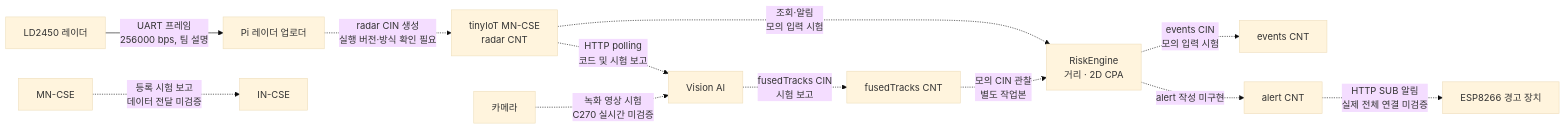
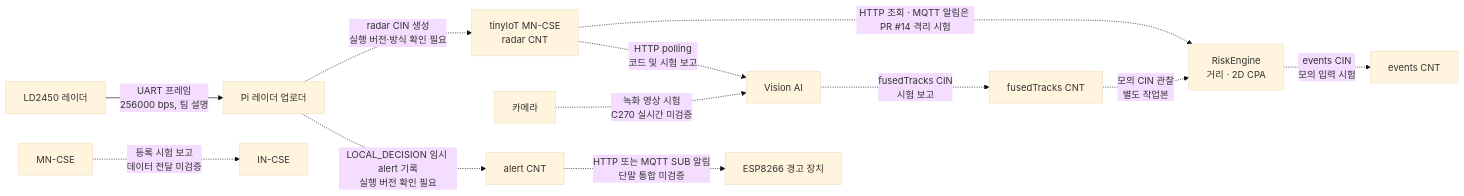
The first of 4 diagrams in docs/architecture.md (extra-7ex/Sejong_4IoT_OneM2M), drawn with Mermaid (base theme) before and after one commit. The commit also changed other lines of this file, not shown here.

Commit message:
docs: align SafeZone integration notes with architecture

````diff
--- a/docs/architecture.md
+++ b/docs/architecture.md
@@ -16,14 +16,14 @@
 ```mermaid
 flowchart LR
   LD["LD2450 레이더"] -- "UART 프레임<br/>256000 bps, 팀 설명" --> UP["Pi 레이더 업로더"]
   UP -. "radar CIN 생성<br/>실행 버전·방식 확인 필요" .-> RAD["tinyIoT MN-CSE<br/>radar CNT"]
-  RAD -. "조회·알림<br/>모의 입력 시험" .-> ENGINE["RiskEngine<br/>거리 · 2D CPA"]
+  RAD -. "HTTP 조회 · MQTT 알림은 PR #14 격리 시험" .-> ENGINE["RiskEngine<br/>거리 · 2D CPA"]
   ENGINE -. "events CIN<br/>모의 입력 시험" .-> EVENT["events CNT"]
   CAM["카메라"] -. "녹화 영상 시험<br/>C270 실시간 미검증" .-> VISION["Vision AI"]
   RAD -. "HTTP polling<br/>코드 및 시험 보고" .-> VISION
   VISION -. "fusedTracks CIN<br/>시험 보고" .-> FUSED["fusedTracks CNT"]
   FUSED -. "모의 CIN 관찰<br/>별도 작업본" .-> ENGINE
-  ALERT["alert CNT"] -. "HTTP SUB 알림<br/>실제 전체 연결 미검증" .-> ESP["ESP8266 경고 장치"]
-  ENGINE -. "alert 작성 미구현" .-> ALERT
+  UP -. "LOCAL_DECISION 임시 alert 기록<br/>실행 버전 확인 필요" .-> ALERT["alert CNT"]
+  ALERT -. "HTTP 또는 MQTT SUB 알림<br/>단말 통합 미검증" .-> ESP["ESP8266 경고 장치"]
   CSE["MN-CSE"] -. "등록 시험 보고<br/>데이터 전달 미검증" .-> IN["IN-CSE"]
 ```
````
